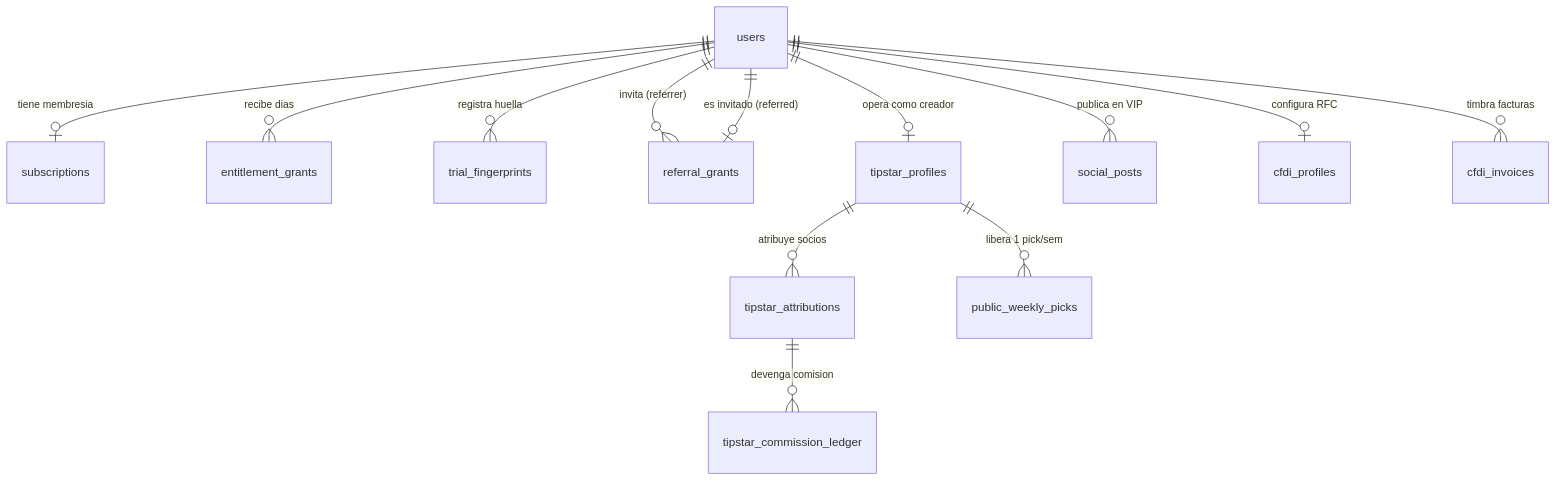
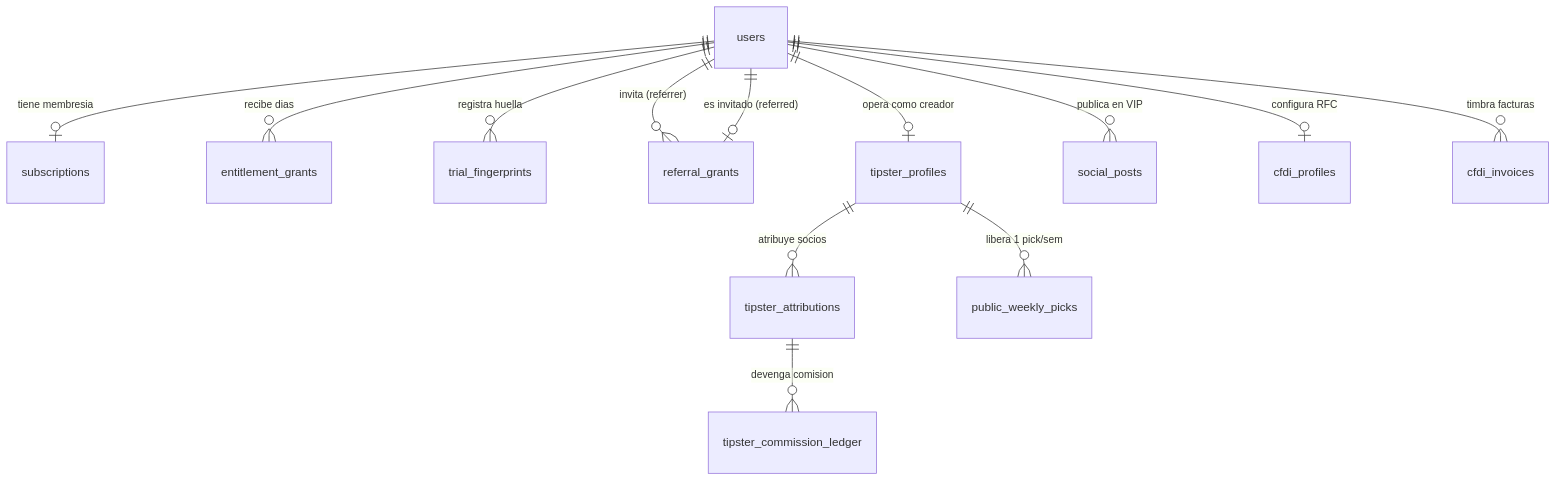
One commit to jairbonillacan-cmd/pitch changed the fourth of 5 diagrams in docs/product/VISION_REESTRUCTURA_CLAUDE_GROWTH.md. Above: the diagram before and after it, drawn with Mermaid. The commit also changed other lines of this file and 134 other files, not shown here.

First line of the commit message:
refactor: cambiar «tipstar» por «tipster» en todo el proyecto

````diff
--- a/docs/product/VISION_REESTRUCTURA_CLAUDE_GROWTH.md
+++ b/docs/product/VISION_REESTRUCTURA_CLAUDE_GROWTH.md
@@ -166,15 +166,15 @@
 ```mermaid
 erDiagram
     users ||--o| subscriptions : "tiene membresia"
     users ||--o{ entitlement_grants : "recibe dias"
     users ||--o{ trial_fingerprints : "registra huella"
     users ||--o{ referral_grants : "invita (referrer)"
     users ||--o| referral_grants : "es invitado (referred)"
-    users ||--o| tipstar_profiles : "opera como creador"
-    tipstar_profiles ||--o{ tipstar_attributions : "atribuye socios"
-    tipstar_attributions ||--o{ tipstar_commission_ledger : "devenga comision"
-    tipstar_profiles ||--o{ public_weekly_picks : "libera 1 pick/sem"
+    users ||--o| tipster_profiles : "opera como creador"
+    tipster_profiles ||--o{ tipster_attributions : "atribuye socios"
+    tipster_attributions ||--o{ tipster_commission_ledger : "devenga comision"
+    tipster_profiles ||--o{ public_weekly_picks : "libera 1 pick/sem"
     users ||--o{ social_posts : "publica en VIP"
     users ||--o| cfdi_profiles : "configura RFC"
     users ||--o{ cfdi_invoices : "timbra facturas"
 ```
````
